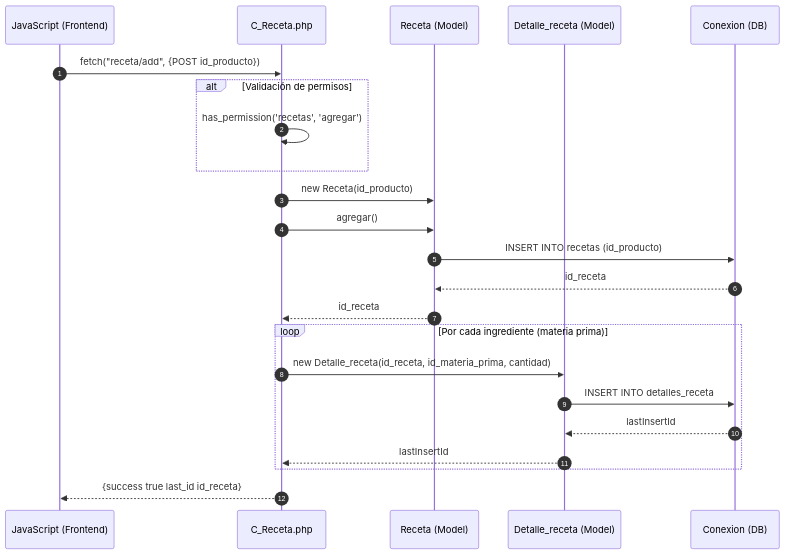
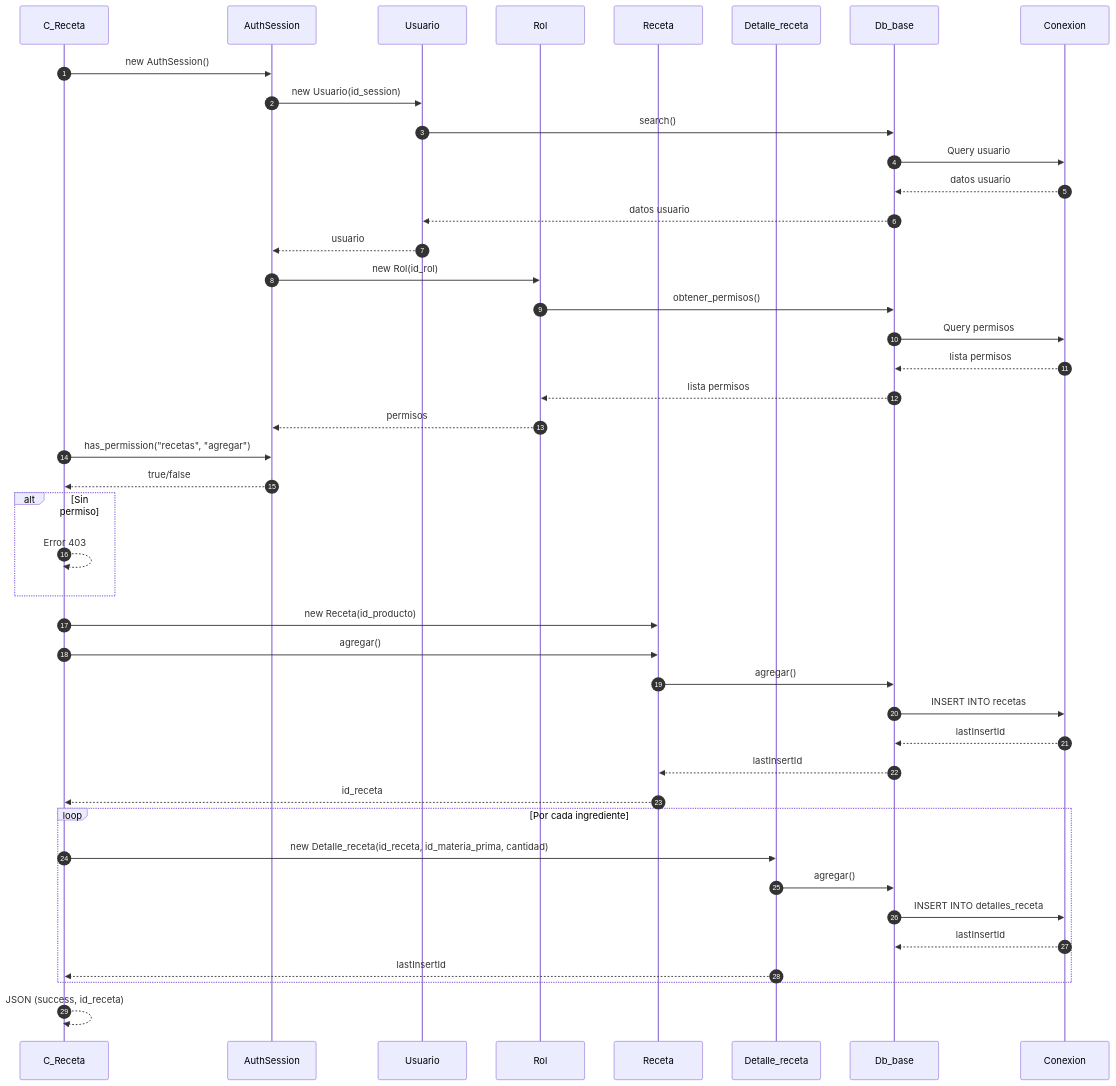
Before and after one commit to Tecrato/BurgerHouse: the first of 5 diagrams in docs/secuencia/recetas/recetas.md, drawn with Mermaid. The commit also changed other lines of this file and 13 other files, not shown here.

First line of the commit message:
diagramas actualizaos

````diff
--- a/docs/secuencia/recetas/recetas.md
+++ b/docs/secuencia/recetas/recetas.md
@@ -5,31 +5,52 @@
 ```mermaid
 sequenceDiagram
     autonumber
-    participant JS as JavaScript (Frontend)
-    participant C_Receta as C_Receta.php
-    participant Receta as Receta (Model)
-    participant Detalle_receta as Detalle_receta (Model)
-    participant DB as Conexion (DB)
+    participant C_Receta as C_Receta
+    participant AuthSession as AuthSession
+    participant Usuario as Usuario
+    participant Rol as Rol
+    participant Receta as Receta
+    participant Detalle_receta as Detalle_receta
+    participant Db_base as Db_base
+    participant Conexion as Conexion
     
-    JS->>C_Receta: fetch("receta/add", {POST id_producto})
+    C_Receta->>AuthSession: new AuthSession()
+    AuthSession->>Usuario: new Usuario(id_session)
+    Usuario->>Db_base: search()
+    Db_base->>Conexion: Query usuario
+    Conexion-->>Db_base: datos usuario
+    Db_base-->>Usuario: datos usuario
+    Usuario-->>AuthSession: usuario
     
-    alt Validación de permisos
-        C_Receta->>C_Receta: has_permission('recetas', 'agregar')
+    AuthSession->>Rol: new Rol(id_rol)
+    Rol->>Db_base: obtener_permisos()
+    Db_base->>Conexion: Query permisos
+    Conexion-->>Db_base: lista permisos
+    Db_base-->>Rol: lista permisos
+    Rol-->>AuthSession: permisos
+    
+    C_Receta->>AuthSession: has_permission("recetas", "agregar")
+    AuthSession-->>C_Receta: true/false
+    
+    alt Sin permiso
+        C_Receta-->>C_Receta: Error 403
     end
     
     C_Receta->>Receta: new Receta(id_producto)
-    
     C_Receta->>Receta: agregar()
-    Receta->>DB: INSERT INTO recetas (id_producto)
-    DB-->>Receta: id_receta
+    Receta->>Db_base: agregar()
+    Db_base->>Conexion: INSERT INTO recetas
+    Conexion-->>Db_base: lastInsertId
+    Db_base-->>Receta: lastInsertId
     Receta-->>C_Receta: id_receta
     
-    loop Por cada ingrediente (materia prima)
+    loop Por cada ingrediente
         C_Receta->>Detalle_receta: new Detalle_receta(id_receta, id_materia_prima, cantidad)
-        Detalle_receta->>DB: INSERT INTO detalles_receta
-        DB-->>Detalle_receta: lastInsertId
+        Detalle_receta->>Db_base: agregar()
+        Db_base->>Conexion: INSERT INTO detalles_receta
+        Conexion-->>Db_base: lastInsertId
         Detalle_receta-->>C_Receta: lastInsertId
     end
     
-    C_Receta-->>JS: {success true last_id id_receta}
+    C_Receta-->>C_Receta: JSON (success, id_receta)
 ```
````
